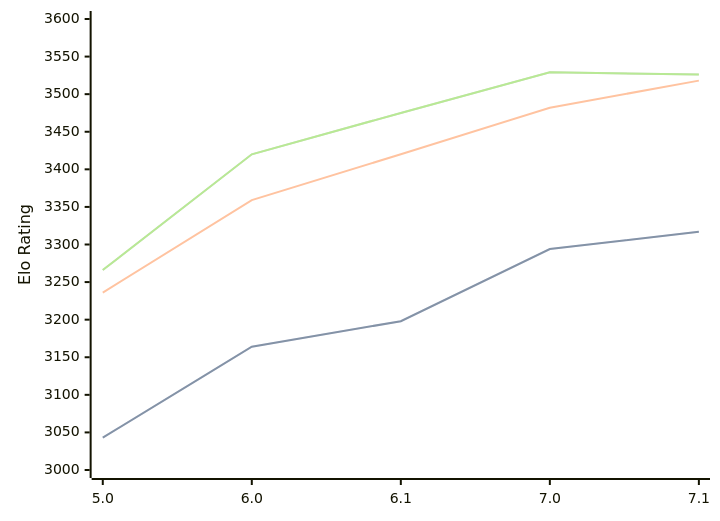
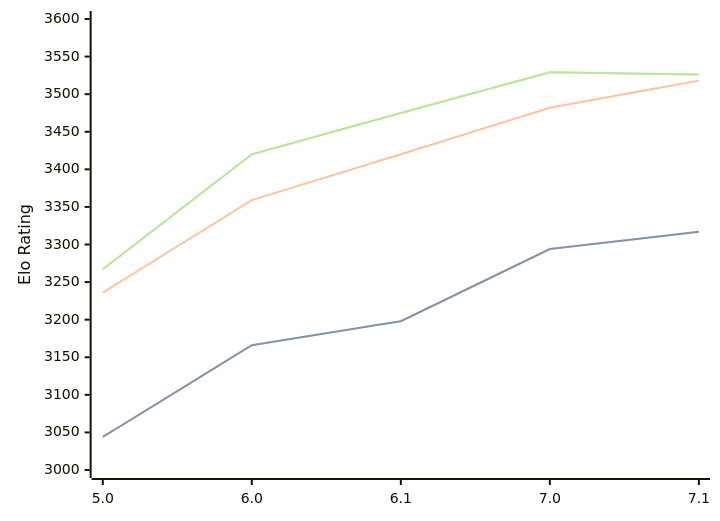
One commit to computer-chess-index/cci changed the diagram in engines/PZChessBot.md. Above: the diagram before and after it, drawn with Mermaid. The commit also changed other lines of this file, not shown here.

Commit message:
Update CCI Ratings (ELO VLTC) - 2026-08-24

````diff
--- a/engines/PZChessBot.md
+++ b/engines/PZChessBot.md
@@ -35,11 +35,11 @@
 ```mermaid
 %%{init: {"theme":"base","themeVariables":{"seriesColors:['#a3a3a3','#222221','#faa371']}}}%%
 xychart-beta
   x-axis ["5.0", "6.0", "6.1", "7.0", "7.1"]
   y-axis "Elo Rating" 3000 --> 3600
-  line "STC (8.0+0.08s)" [3043, 3164, 3198, 3294, 3317]
-  line "STC (8.0+0.08s)" [3043, 3164, 3198, 3294, 3317]
+  line "STC (8.0+0.08s)" [3044, 3166, 3198, 3294, 3317]
+  line "STC (8.0+0.08s)" [3044, 3166, 3198, 3294, 3317]
   line "LTC (60.0+0.60s)" [3236, 3359, 3420, 3482, 3518]
-  line "VLTC (2m24s+1.12s)" [3266, 3420, 3475, 3529, 3526]
-  line "VLTC (2m24s+1.12s)" [3266, 3420, 3475, 3529, 3526]
+  line "VLTC (2m24s+1.12s)" [3267, 3420, 3475, 3529, 3526]
+  line "VLTC (2m24s+1.12s)" [3267, 3420, 3475, 3529, 3526]
 ```
````
